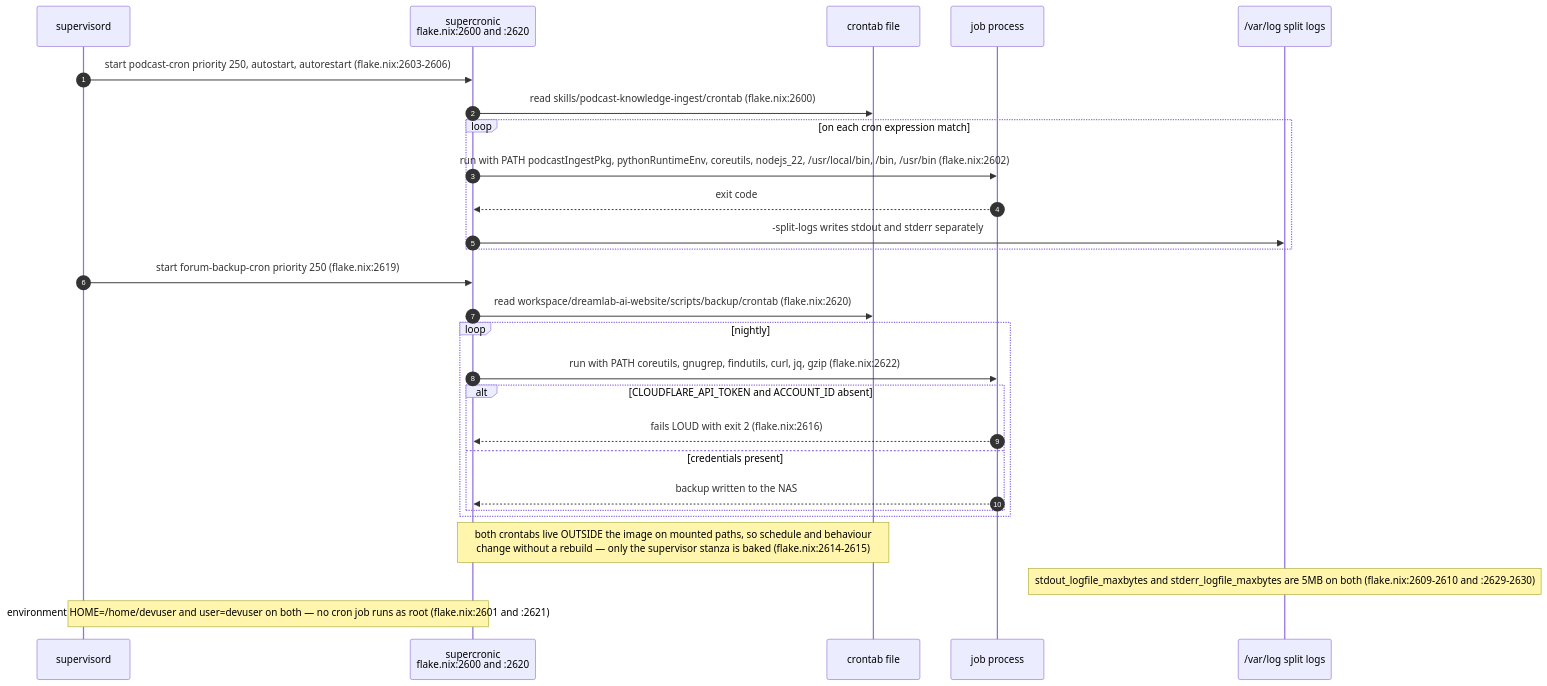
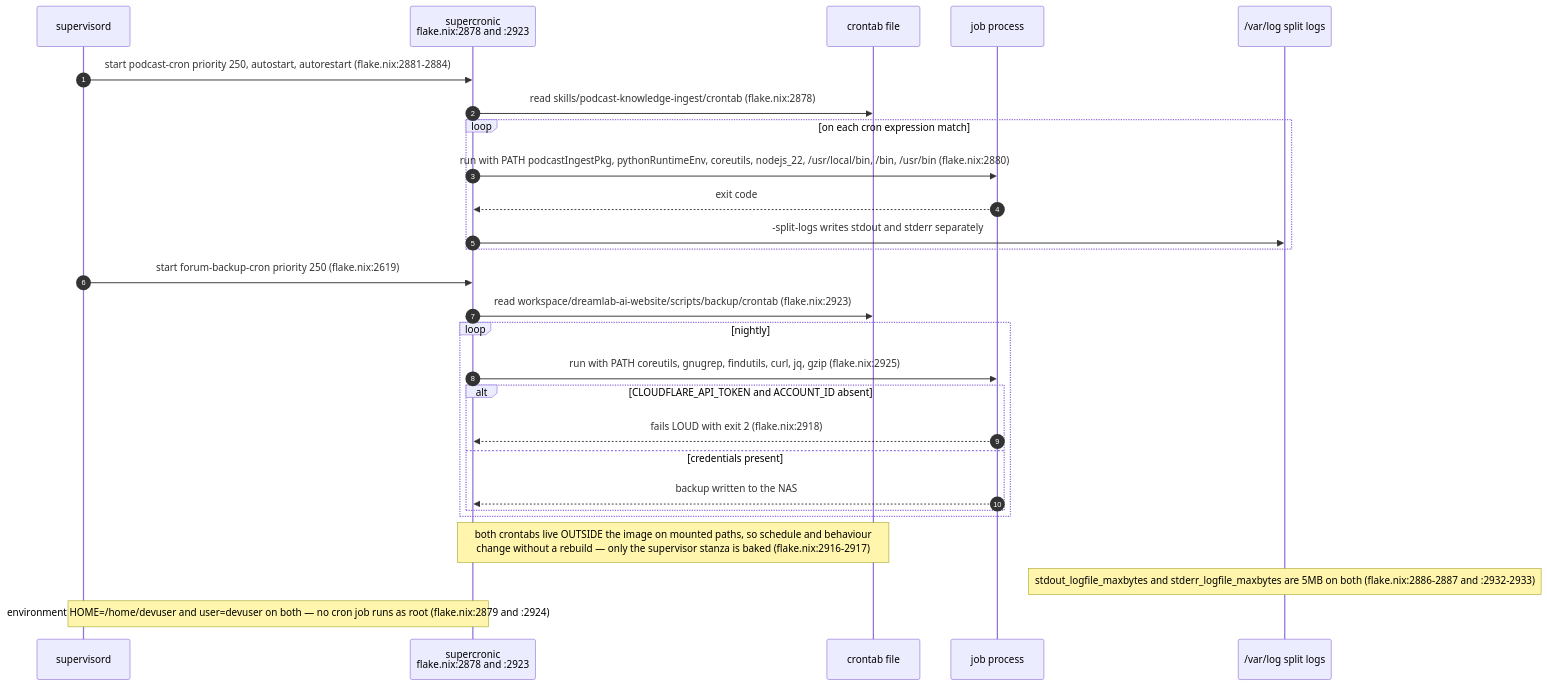
Before and after one commit to DreamLab-AI/VisionFlow: the seventh of 11 diagrams in docs/diagrams/agentbox/07-daemons-reapers-cron-backups.md, drawn with Mermaid. The commit also changed other lines of this file and 111 other files, not shown here.

Commit message:
docs(diagrams): align estate maps with current source

````diff
--- a/docs/diagrams/agentbox/07-daemons-reapers-cron-backups.md
+++ b/docs/diagrams/agentbox/07-daemons-reapers-cron-backups.md
@@ -283,30 +283,30 @@
 ```mermaid
 sequenceDiagram
     autonumber
     participant SUP as supervisord
-    participant SC as supercronic<br/>flake.nix:2600 and :2620
+    participant SC as supercronic<br/>flake.nix:2878 and :2923
     participant CT as crontab file
     participant J as job process
     participant L as /var/log split logs
 
-    SUP->>SC: start podcast-cron priority 250, autostart, autorestart (flake.nix:2603-2606)
-    SC->>CT: read skills/podcast-knowledge-ingest/crontab (flake.nix:2600)
+    SUP->>SC: start podcast-cron priority 250, autostart, autorestart (flake.nix:2881-2884)
+    SC->>CT: read skills/podcast-knowledge-ingest/crontab (flake.nix:2878)
     loop on each cron expression match
-        SC->>J: run with PATH podcastIngestPkg, pythonRuntimeEnv, coreutils, nodejs_22, /usr/local/bin, /bin, /usr/bin (flake.nix:2602)
+        SC->>J: run with PATH podcastIngestPkg, pythonRuntimeEnv, coreutils, nodejs_22, /usr/local/bin, /bin, /usr/bin (flake.nix:2880)
         J-->>SC: exit code
         SC->>L: -split-logs writes stdout and stderr separately
     end
     SUP->>SC: start forum-backup-cron priority 250 (flake.nix:2619)
-    SC->>CT: read workspace/dreamlab-ai-website/scripts/backup/crontab (flake.nix:2620)
+    SC->>CT: read workspace/dreamlab-ai-website/scripts/backup/crontab (flake.nix:2923)
     loop nightly
-        SC->>J: run with PATH coreutils, gnugrep, findutils, curl, jq, gzip (flake.nix:2622)
+        SC->>J: run with PATH coreutils, gnugrep, findutils, curl, jq, gzip (flake.nix:2925)
         alt CLOUDFLARE_API_TOKEN and ACCOUNT_ID absent
-            J-->>SC: fails LOUD with exit 2 (flake.nix:2616)
+            J-->>SC: fails LOUD with exit 2 (flake.nix:2918)
         else credentials present
             J-->>SC: backup written to the NAS
         end
     end
-    Note over SC,CT: both crontabs live OUTSIDE the image on mounted paths, so schedule and behaviour<br/>change without a rebuild — only the supervisor stanza is baked (flake.nix:2614-2615)
-    Note over L: stdout_logfile_maxbytes and stderr_logfile_maxbytes are 5MB on both (flake.nix:2609-2610 and :2629-2630)
-    Note over SUP,SC: environment HOME=/home/devuser and user=devuser on both — no cron job runs as root (flake.nix:2601 and :2621)
+    Note over SC,CT: both crontabs live OUTSIDE the image on mounted paths, so schedule and behaviour<br/>change without a rebuild — only the supervisor stanza is baked (flake.nix:2916-2917)
+    Note over L: stdout_logfile_maxbytes and stderr_logfile_maxbytes are 5MB on both (flake.nix:2886-2887 and :2932-2933)
+    Note over SUP,SC: environment HOME=/home/devuser and user=devuser on both — no cron job runs as root (flake.nix:2879 and :2924)
 ```
````
